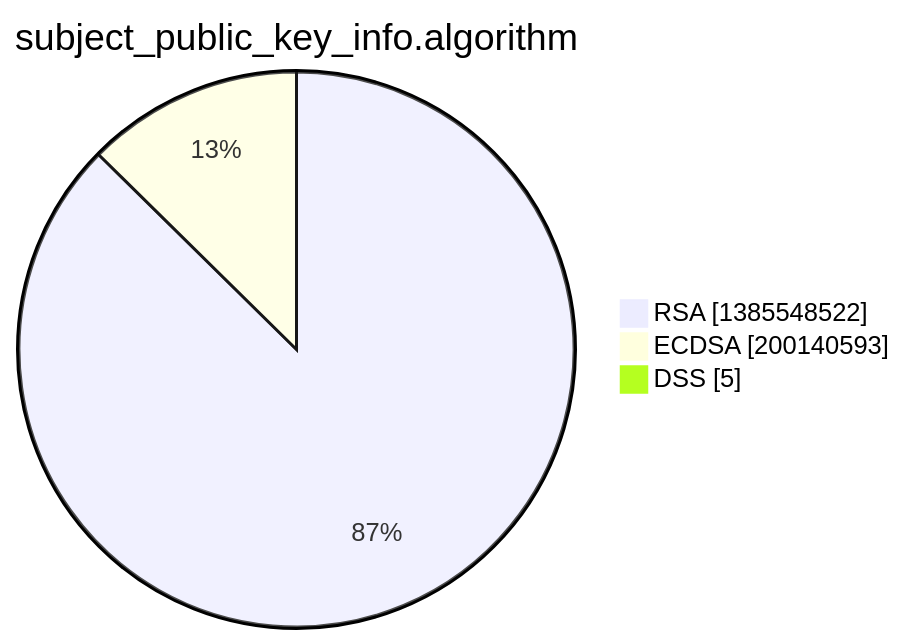
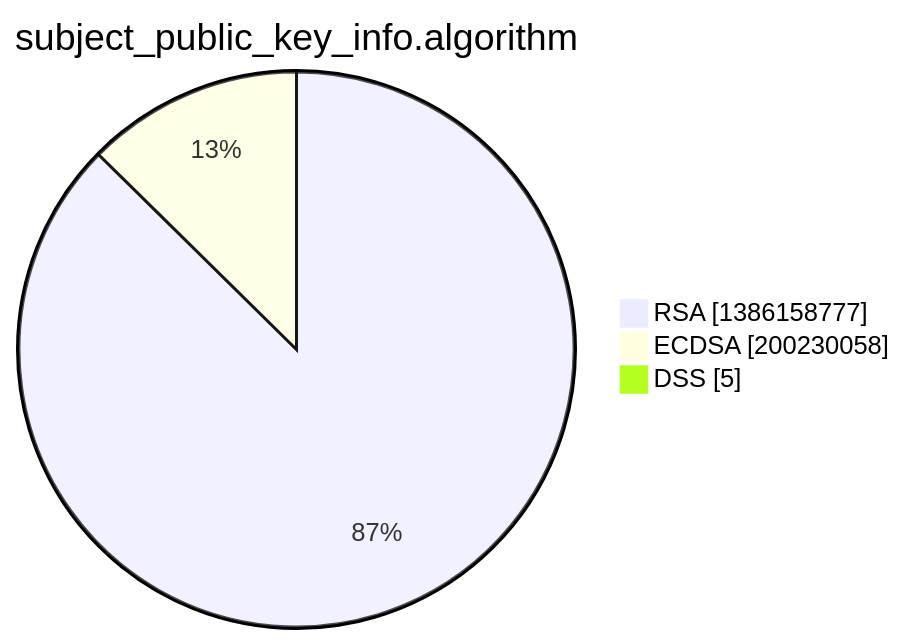
One commit to christiankrug/ctmonitor_visualization changed the third of 15 diagrams in xenon2022/README.md. Above: the diagram before and after it, drawn with Mermaid. The commit also changed other lines of this file, not shown here.

````diff
--- a/xenon2022/README.md
+++ b/xenon2022/README.md
@@ -14,7 +14,7 @@
 ```mermaid
 pie showData
 title subject_public_key_info.algorithm
-"RSA" :1385548522
-"ECDSA" :200140593
+"RSA" :1386158777
+"ECDSA" :200230058
 "DSS" :5
 ```
````
